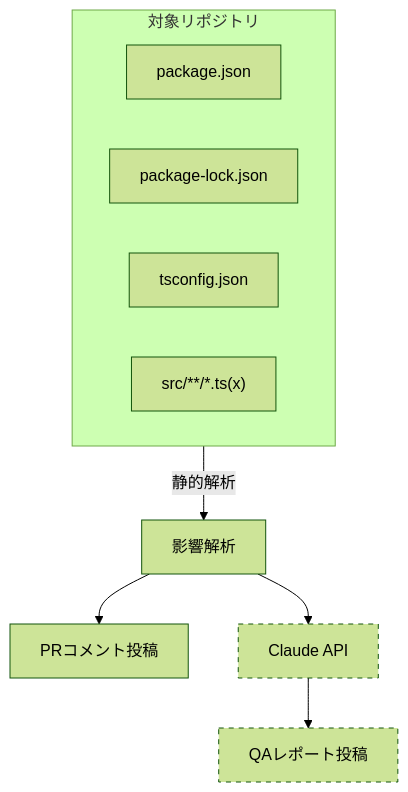
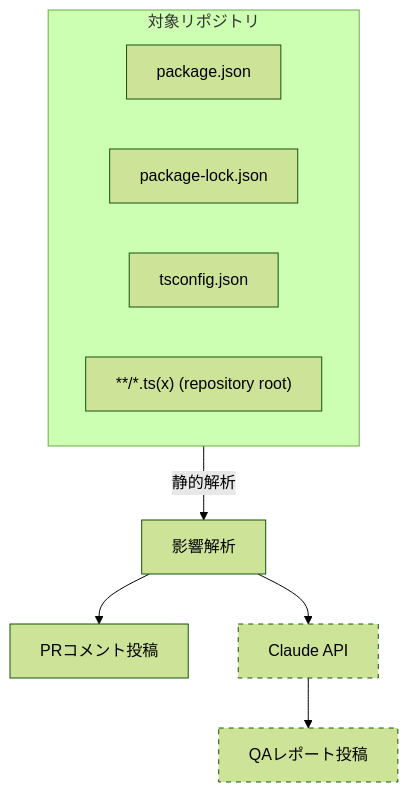
One commit to nokki-y/dependabot-insight changed the diagram in docs/security.ja.md. Above: the diagram before and after it, drawn with Mermaid (forest theme). The commit also changed other lines of this file and 4 other files, not shown here.

````diff
--- a/docs/security.ja.md
+++ b/docs/security.ja.md
@@ -13,17 +13,17 @@
 ```mermaid
 flowchart TD
     subgraph TARGET["対象リポジトリ"]
         F1["package.json"]
         F2["package-lock.json"]
         F3["tsconfig.json"]
-        F4["src/**/*.ts(x)"]
+        F4["**/*.ts(x) (repository root)"]
     end
 
     TARGET -->|静的解析| IA["影響解析"]
     IA --> PR["PRコメント投稿"]
     IA --> CLAUDE["Claude API"]
     CLAUDE --> QA["QAレポート投稿"]
 
     style CLAUDE stroke-dasharray: 5 5
     style QA stroke-dasharray: 5 5
 ```
````
